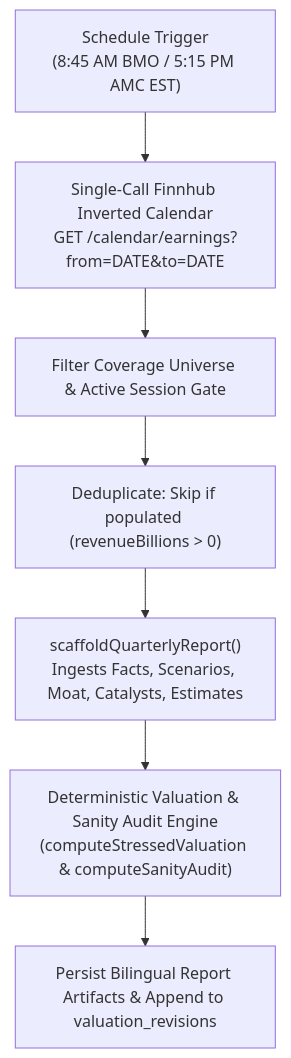
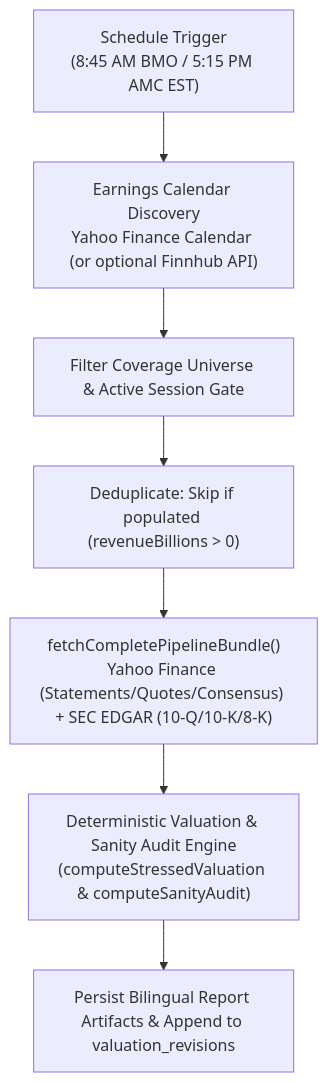
One commit to phanturne/stress-alpha changed the sixth of 9 diagrams in docs/architecture.md. Above: the diagram before and after it, drawn with Mermaid. The commit also changed other lines of this file and 3 other files, not shown here.

Commit message:
docs: sync README and architecture docs with recent pipeline & UI commits (#31)

````diff
--- a/docs/architecture.md
+++ b/docs/architecture.md
@@ -307,9 +305,9 @@
 ```mermaid
 flowchart TD
-    Trigger["Schedule Trigger<br/>(8:45 AM BMO / 5:15 PM AMC EST)"] --> FinnhubPoll["Single-Call Finnhub Inverted Calendar<br/>GET /calendar/earnings?from=DATE&to=DATE"]
-    FinnhubPoll --> SessionGate["Filter Coverage Universe & Active Session Gate"]
+    Trigger["Schedule Trigger<br/>(8:45 AM BMO / 5:15 PM AMC EST)"] --> CalPoll["Earnings Calendar Discovery<br/>Yahoo Finance Calendar (or optional Finnhub API)"]
+    CalPoll --> SessionGate["Filter Coverage Universe & Active Session Gate"]
     SessionGate --> Deduplication["Deduplicate: Skip if populated (revenueBillions > 0)"]
-    Deduplication --> Scaffolder["scaffoldQuarterlyReport()<br/>Ingests Facts, Scenarios, Moat, Catalysts, Estimates"]
+    Deduplication --> Scaffolder["fetchCompletePipelineBundle()<br/>Yahoo Finance (Statements/Quotes/Consensus) + SEC EDGAR (10-Q/10-K/8-K)"]
     Scaffolder --> Arithmetic["Deterministic Valuation & Sanity Audit Engine<br/>(computeStressedValuation & computeSanityAudit)"]
     Arithmetic --> DBWrite["Persist Bilingual Report Artifacts & Append to valuation_revisions"]
 ```
````
